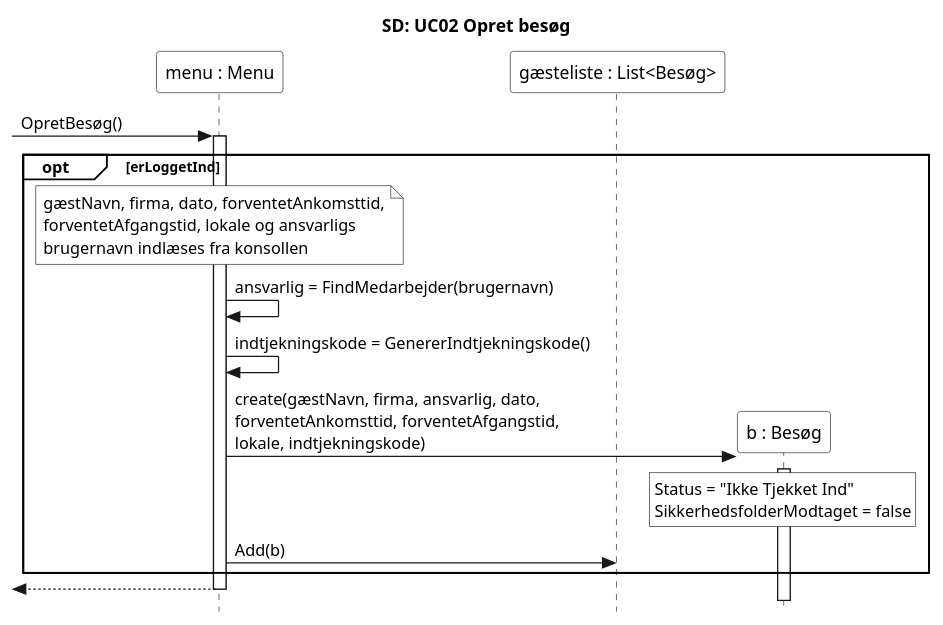
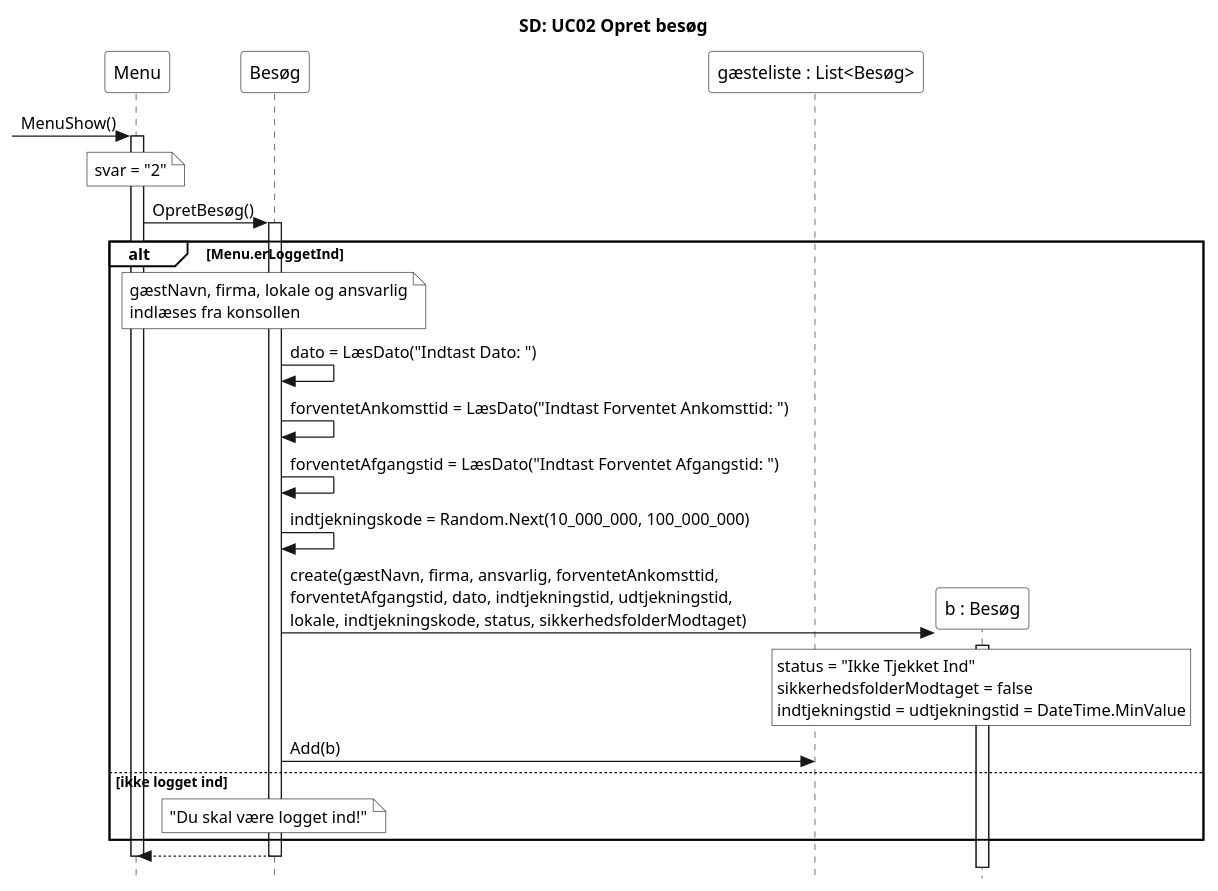
The diagram in 6. Sekvens Diagram/6. Sekvens Diagram.puml (Zoabz/Hydac), drawn with PlantUML before and after one commit. The commit also changed 3 other files, not shown here.

Commit message:
dcd diagram

```diff
--- a/6. Sekvens Diagram/6. Sekvens Diagram.puml
+++ b/6. Sekvens Diagram/6. Sekvens Diagram.puml
@@ -1,38 +1,49 @@
 @startuml
 skinparam style strictuml
 skinparam ParticipantBackgroundColor white
 skinparam NoteBackgroundColor white
 skinparam SequenceLifeLineBackgroundColor white
 skinparam SequenceGroupBackgroundColor white
 title SD: UC02 Opret besøg
 
-participant "menu : Menu" as M
+participant "Menu" as M
+participant "Besøg" as K
 participant "gæsteliste : List<Besøg>" as L
 
-[-> M : OpretBesøg()
+[-> M : MenuShow()
 activate M
+note over M : svar = "2"
 
-opt erLoggetInd
-    note over M
-        gæstNavn, firma, dato, forventetAnkomsttid,
-        forventetAfgangstid, lokale og ansvarligs
-        brugernavn indlæses fra konsollen
+M -> K : OpretBesøg()
+activate K
+
+alt Menu.erLoggetInd
+    note over K
+        gæstNavn, firma, lokale og ansvarlig
+        indlæses fra konsollen
     end note
 
-    M -> M : ansvarlig = FindMedarbejder(brugernavn)
-    M -> M : indtjekningskode = GenererIndtjekningskode()
+    K -> K : dato = LæsDato("Indtast Dato: ")
+    K -> K : forventetAnkomsttid = LæsDato("Indtast Forventet Ankomsttid: ")
+    K -> K : forventetAfgangstid = LæsDato("Indtast Forventet Afgangstid: ")
+    K -> K : indtjekningskode = Random.Next(10_000_000, 100_000_000)
 
     create participant "b : Besøg" as B
-    M -> B : create(gæstNavn, firma, ansvarlig, dato,\nforventetAnkomsttid, forventetAfgangstid,\nlokale, indtjekningskode)
+    K -> B : create(gæstNavn, firma, ansvarlig, forventetAnkomsttid,\nforventetAfgangstid, dato, indtjekningstid, udtjekningstid,\nlokale, indtjekningskode, status, sikkerhedsfolderModtaget)
     activate B
     rnote over B
-        Status = "Ikke Tjekket Ind"
-        SikkerhedsfolderModtaget = false
+        status = "Ikke Tjekket Ind"
+        sikkerhedsfolderModtaget = false
+        indtjekningstid = udtjekningstid = DateTime.MinValue
     end rnote
     deactivate B
 
-    M -> L : Add(b)
+    K -> L : Add(b)
+else ikke logget ind
+    note over K : "Du skal være logget ind!"
 end
-[<-- M
+
+K --> M
+deactivate K
 deactivate M
 @enduml
```
